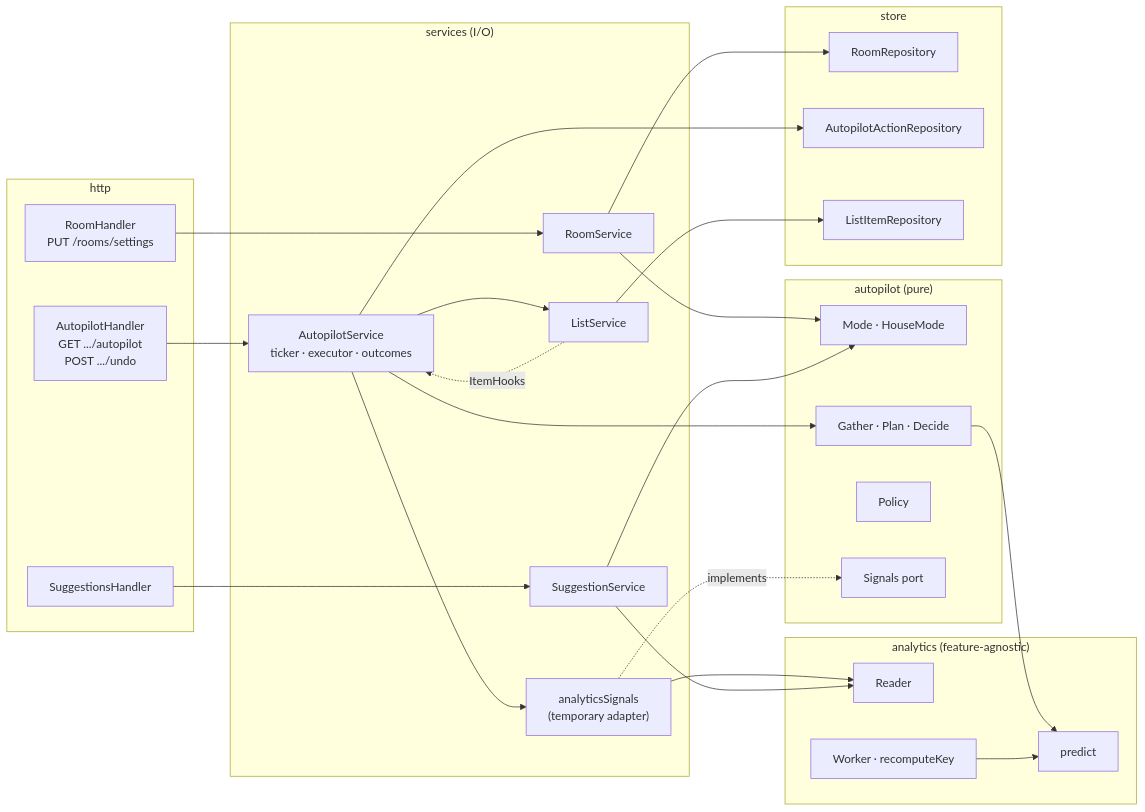
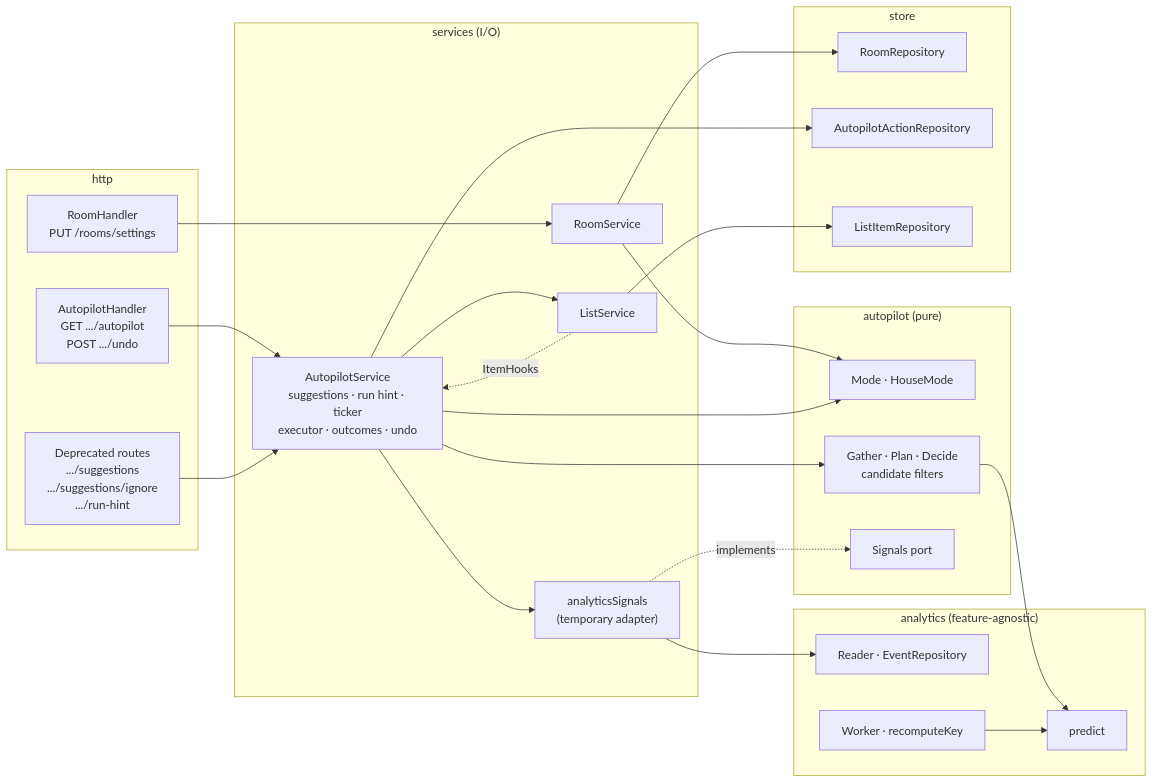
The first of 11 diagrams in docs/superpowers/plans/2026-10-17-autopilot-engine.md (janvillarosa/gracie-app), drawn with Mermaid before and after one commit. The commit also changed other lines of this file, not shown here.

Commit message:
docs(autopilot): plan v3, one service and one candidate pipeline

````diff
--- a/docs/superpowers/plans/2026-10-17-autopilot-engine.md
+++ b/docs/superpowers/plans/2026-10-17-autopilot-engine.md
@@ -44,48 +50,45 @@
 ```mermaid
 flowchart LR
     subgraph HTTP["http"]
         RH["RoomHandler<br/>PUT /rooms/settings"]
         AH["AutopilotHandler<br/>GET .../autopilot<br/>POST .../undo"]
-        SH["SuggestionsHandler"]
+        DH["Deprecated routes<br/>.../suggestions<br/>.../suggestions/ignore<br/>.../run-hint"]
     end
     subgraph SVC["services (I/O)"]
         RS["RoomService"]
-        AS["AutopilotService<br/>ticker · executor · outcomes"]
+        AS["AutopilotService<br/>suggestions · run hint · ticker<br/>executor · outcomes · undo"]
         LS["ListService"]
-        SS["SuggestionService"]
         SA["analyticsSignals<br/>(temporary adapter)"]
     end
     subgraph AP["autopilot (pure)"]
         MODE["Mode · HouseMode"]
-        PLAN["Gather · Plan · Decide"]
-        POL["Policy"]
+        PLAN["Gather · Plan · Decide<br/>candidate filters"]
         SIG["Signals port"]
     end
     subgraph AN["analytics (feature-agnostic)"]
-        RD["Reader"]
+        RD["Reader · EventRepository"]
         WK["Worker · recomputeKey"]
         PR["predict"]
     end
     subgraph ST["store"]
         RR["RoomRepository"]
         AR["AutopilotActionRepository"]
         IR["ListItemRepository"]
     end
     RH --> RS
     AH --> AS
-    SH --> SS
+    DH --> AS
     RS --> RR
     RS --> MODE
+    AS --> MODE
     AS --> PLAN
     AS --> AR
     AS --> LS
     AS --> SA
     SA -. implements .-> SIG
     SA --> RD
-    SS --> MODE
-    SS --> RD
     LS --> IR
     LS -. ItemHooks .-> AS
     PLAN --> PR
     WK --> PR
 ```
````
